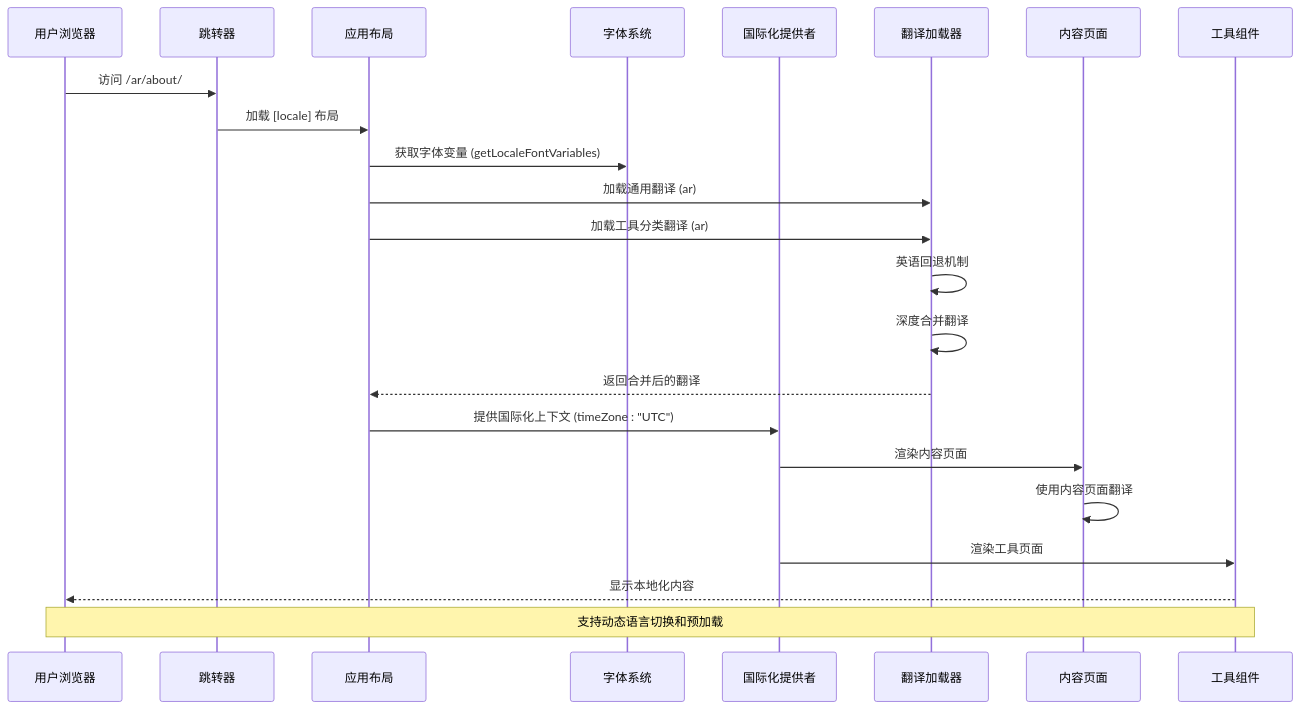
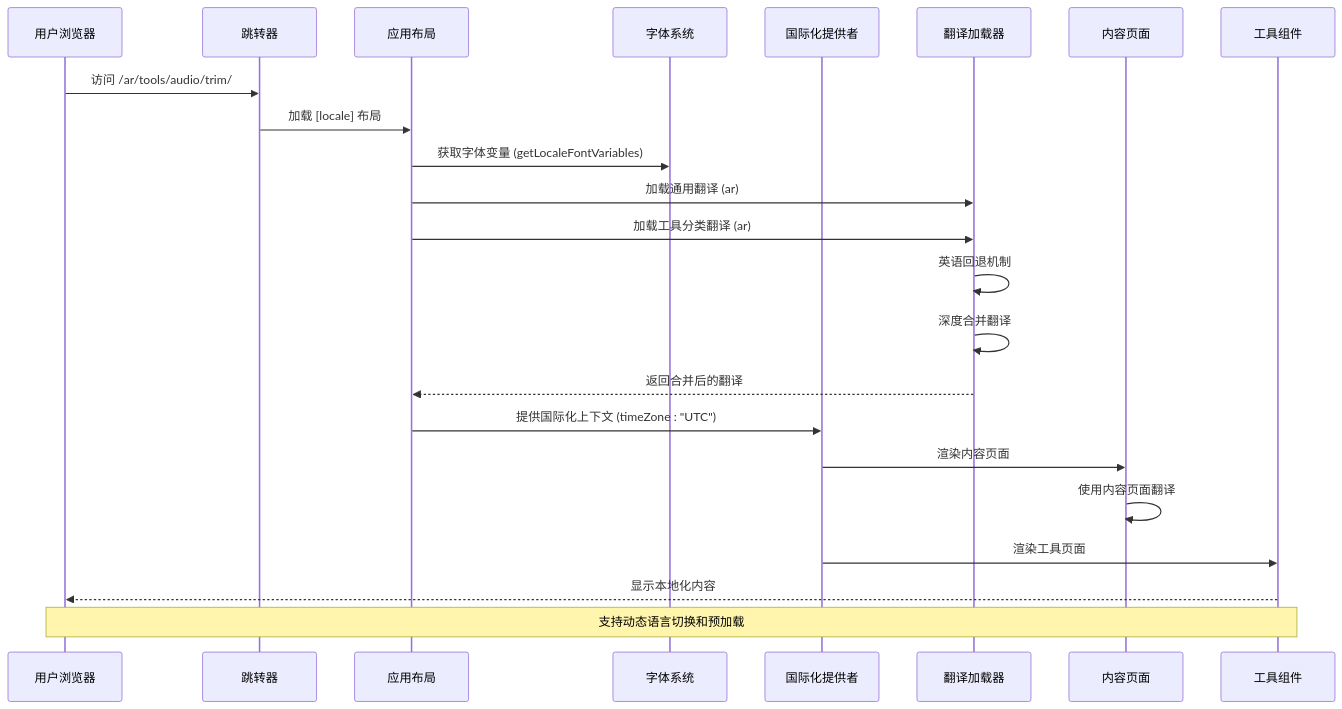
Before and after one commit to sgyy/privadeck: the eighth of 14 diagrams in .qoder/repowiki/zh/content/技术架构/国际化系统.md, drawn with Mermaid. The commit also changed other lines of this file and 4 other files, not shown here.

````diff
--- a/.qoder/repowiki/zh/content/技术架构/国际化系统.md
+++ b/.qoder/repowiki/zh/content/技术架构/国际化系统.md
@@ -580,25 +592,25 @@
 ```mermaid
 sequenceDiagram
 participant User as 用户浏览器
 participant Router as 跳转器
 participant Layout as 应用布局
 participant Fonts as 字体系统
 participant Provider as 国际化提供者
 participant Messages as 翻译加载器
 participant ContentPages as 内容页面
 participant Tools as 工具组件
-User->>Router : 访问 /ar/about/
+User->>Router : 访问 /ar/tools/audio/trim/
 Router->>Layout : 加载 [locale] 布局
 Layout->>Fonts : 获取字体变量 (getLocaleFontVariables)
 Layout->>Messages : 加载通用翻译 (ar)
 Layout->>Messages : 加载工具分类翻译 (ar)
 Messages->>Messages : 英语回退机制
 Messages->>Messages : 深度合并翻译
 Messages-->>Layout : 返回合并后的翻译
 Layout->>Provider : 提供国际化上下文 (timeZone : "UTC")
 Provider->>ContentPages : 渲染内容页面
 ContentPages->>ContentPages : 使用内容页面翻译
 Provider->>Tools : 渲染工具页面
 Tools-->>User : 显示本地化内容
 Note over User,Tools : 支持动态语言切换和预加载
 ```
````
